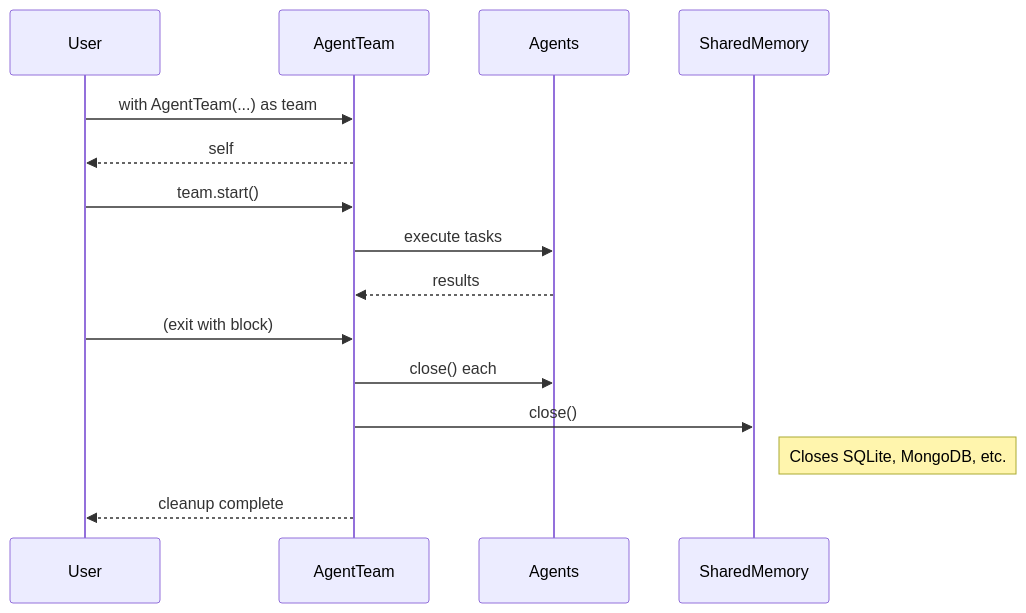
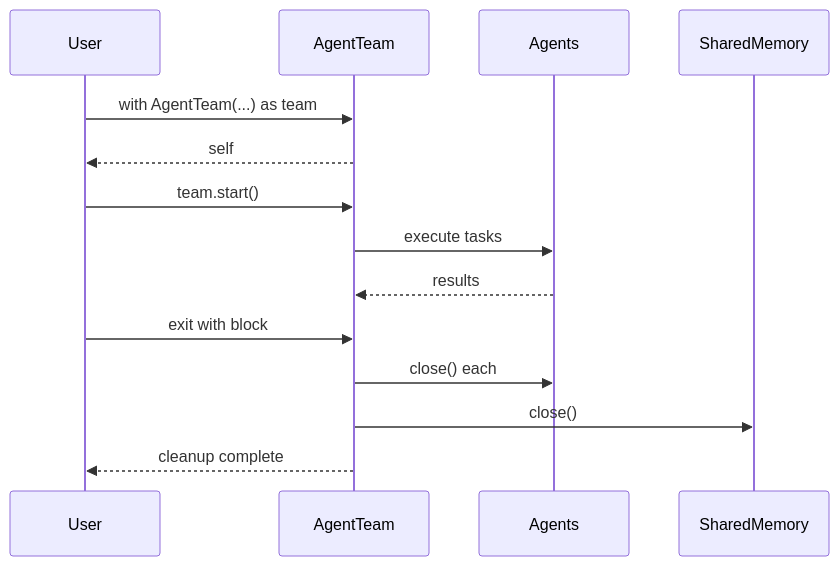
The second of 2 diagrams in docs/features/resource-lifecycle.mdx (MervinPraison/PraisonAIDocs), drawn with Mermaid before and after one commit. The commit also changed other lines of this file and 4 other files, not shown here.

````diff
--- a/docs/features/resource-lifecycle.mdx
+++ b/docs/features/resource-lifecycle.mdx
@@ -71,18 +94,17 @@
 ```mermaid
 sequenceDiagram
     participant User
     participant Team as AgentTeam
     participant Agents
     participant Memory as SharedMemory
 
     User->>Team: with AgentTeam(...) as team
     Team-->>User: self
     User->>Team: team.start()
     Team->>Agents: execute tasks
     Agents-->>Team: results
-    User->>Team: (exit with block)
+    User->>Team: exit with block
     Team->>Agents: close() each
     Team->>Memory: close()
-    Note right of Memory: Closes SQLite, MongoDB, etc.
     Team-->>User: cleanup complete
 ```
````
